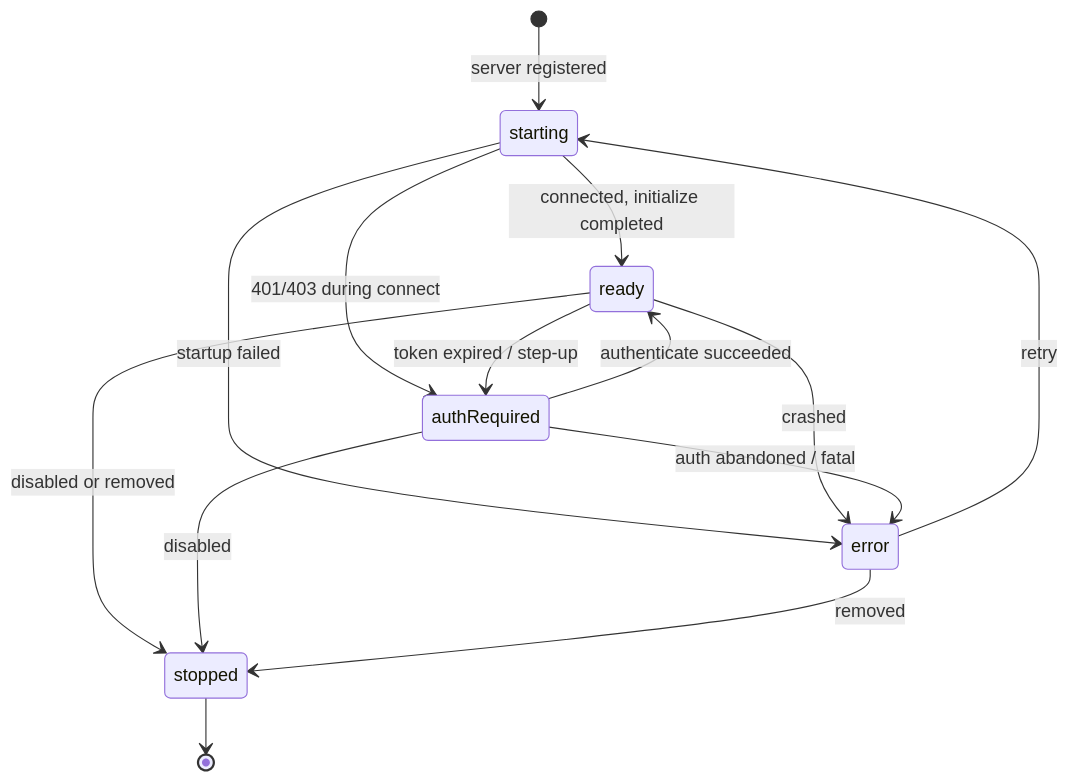
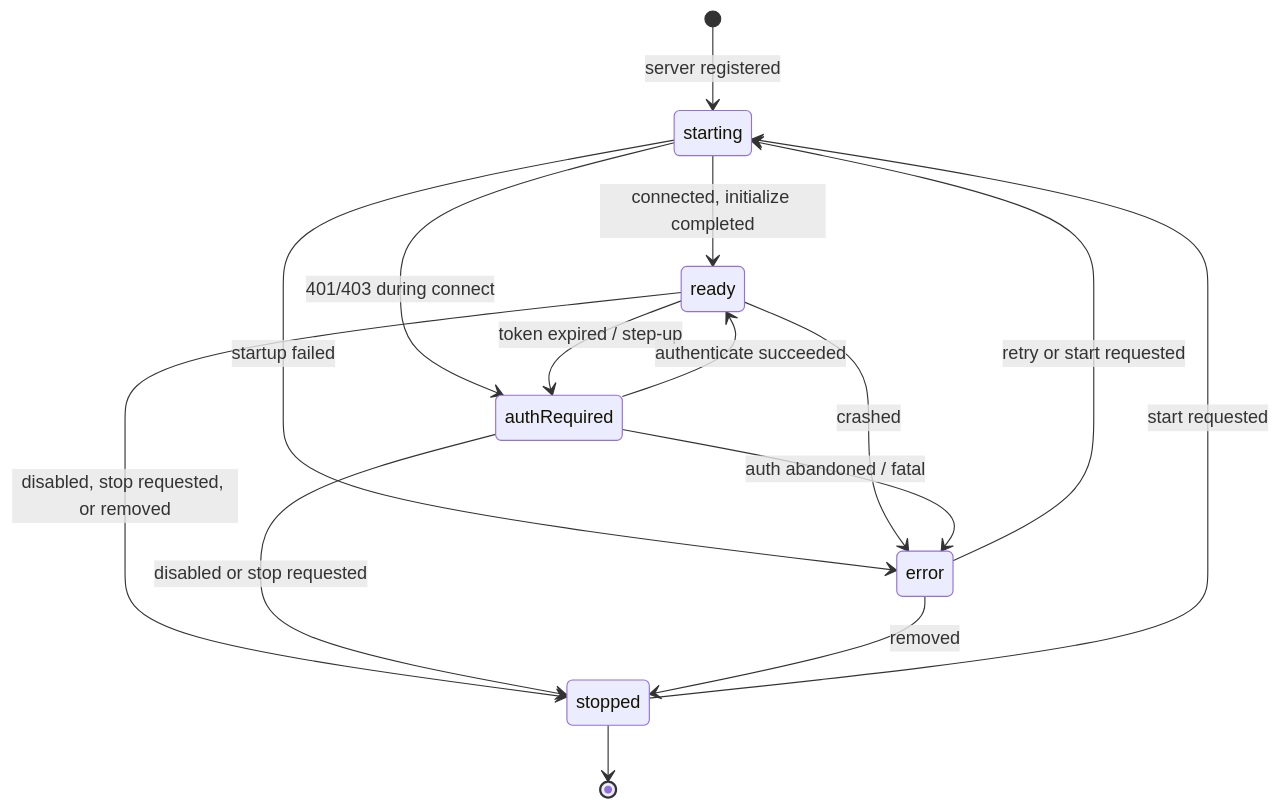
Before and after one commit to Qusic/agent-host-protocol: the first of 4 diagrams in docs/guide/mcp.md, drawn with Mermaid. The commit also changed other lines of this file and 27 other files, not shown here.

First line of the commit message:
Add MCP server start and stop actions

````diff
--- a/docs/guide/mcp.md
+++ b/docs/guide/mcp.md
@@ -49,21 +54,22 @@
 ```mermaid
 stateDiagram-v2
     [*] --> starting : server registered
 
     starting --> ready : connected, initialize completed
     starting --> authRequired : 401/403 during connect
     starting --> error : startup failed
 
     ready --> authRequired : token expired / step-up
     ready --> error : crashed
-    ready --> stopped : disabled or removed
+    ready --> stopped : disabled, stop requested, or removed
 
     authRequired --> ready : authenticate succeeded
     authRequired --> error : auth abandoned / fatal
-    authRequired --> stopped : disabled
+    authRequired --> stopped : disabled or stop requested
 
-    error --> starting : retry
+    error --> starting : retry or start requested
     error --> stopped : removed
 
+    stopped --> starting : start requested
     stopped --> [*]
 ```
````
